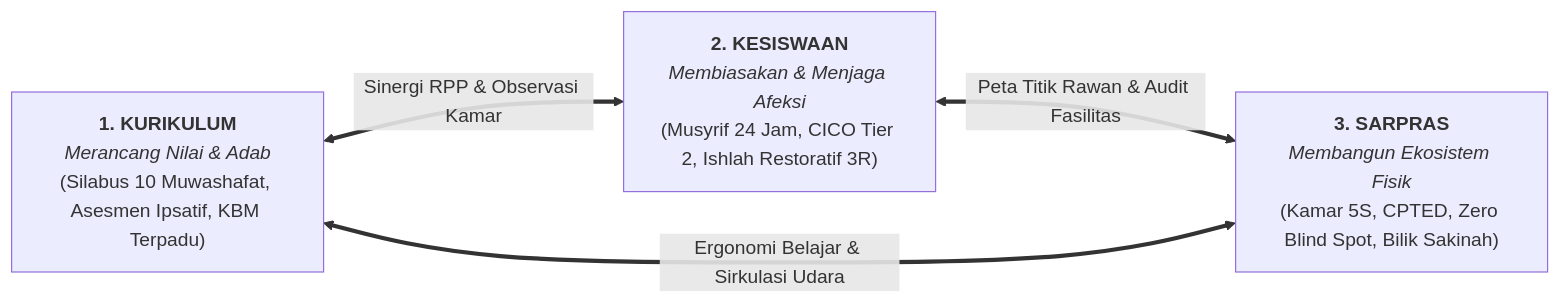
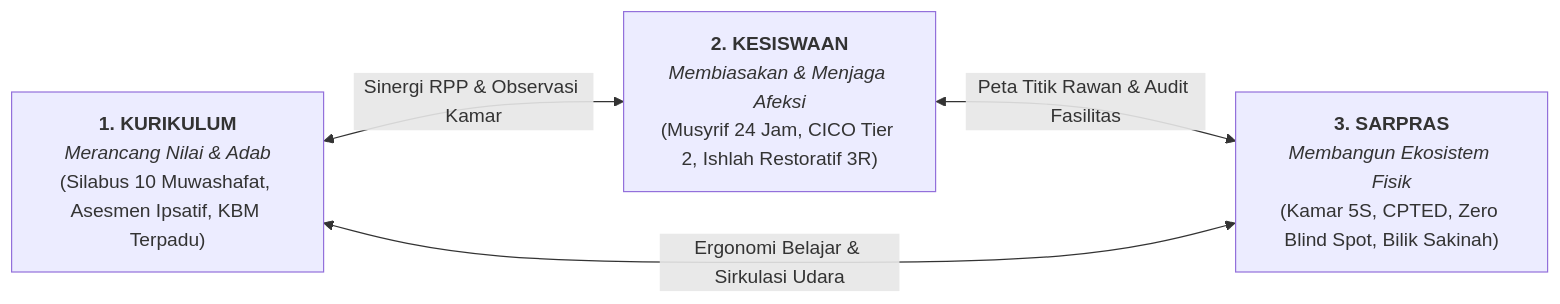
The second of 2 diagrams in BOOK Series 2/Volume-01-Akar-Filosofis-dan-Epistemologi/Bab-01-Krisis-Sistemik-dan-Urgensi-Perombakan-Struktur/02-Tragedi-Silo-Kurikulum-Kesiswaan-Sarpras.md (wandiapriliyandi/tumbuh), drawn with Mermaid before and after one commit. The commit also changed 4 other files, not shown here.

Commit message:
fix(book-series-2): ensure all mermaid diagram links and labels are quoted and valid across all volumes

````diff
--- a/BOOK Series 2/Volume-01-Akar-Filosofis-dan-Epistemologi/Bab-01-Krisis-Sistemik-dan-Urgensi-Perombakan-Struktur/02-Tragedi-Silo-Kurikulum-Kesiswaan-Sarpras.md
+++ b/BOOK Series 2/Volume-01-Akar-Filosofis-dan-Epistemologi/Bab-01-Krisis-Sistemik-dan-Urgensi-Perombakan-Struktur/02-Tragedi-Silo-Kurikulum-Kesiswaan-Sarpras.md
@@ -92,12 +92,12 @@
 ```mermaid
 flowchart LR
     Kurikulum["<b>1. KURIKULUM</b><br/><i>Merancang Nilai & Adab</i><br/>(Silabus 10 Muwashafat, Asesmen Ipsatif, KBM Terpadu)"]
     
     Kesiswaan["<b>2. KESISWAAN</b><br/><i>Membiasakan & Menjaga Afeksi</i><br/>(Musyrif 24 Jam, CICO Tier 2, Ishlah Restoratif 3R)"]
     
     Sarpras["<b>3. SARPRAS</b><br/><i>Membangun Ekosistem Fisik</i><br/>(Kamar 5S, CPTED, Zero Blind Spot, Bilik Sakinah)"]
 
-    Kurikulum <==>|Sinergi RPP & Observasi Kamar| Kesiswaan
-    Kesiswaan <==>|Peta Titik Rawan & Audit Fasilitas| Sarpras
-    Sarpras <==>|Ergonomi Belajar & Sirkulasi Udara| Kurikulum
+    Kurikulum <-->|"Sinergi RPP & Observasi Kamar"| Kesiswaan
+    Kesiswaan <-->|"Peta Titik Rawan & Audit Fasilitas"| Sarpras
+    Sarpras <-->|"Ergonomi Belajar & Sirkulasi Udara"| Kurikulum
 ```
````
